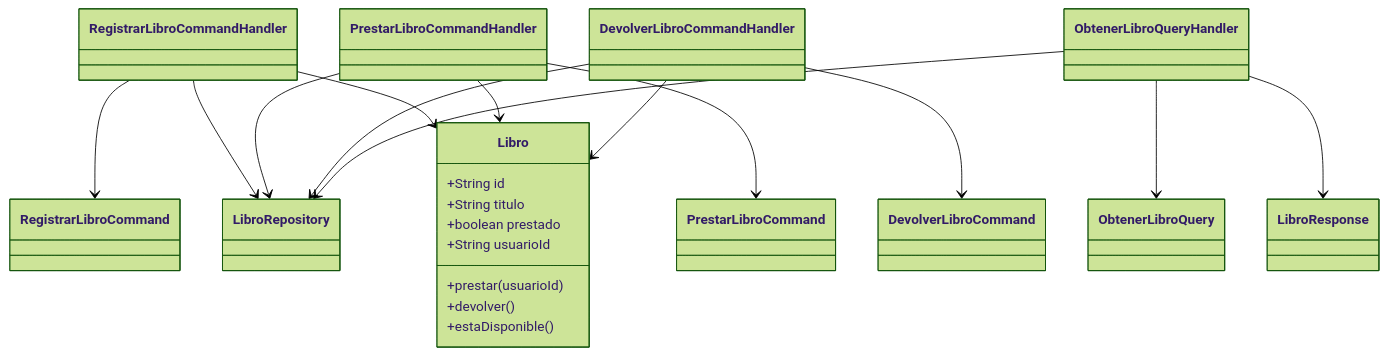
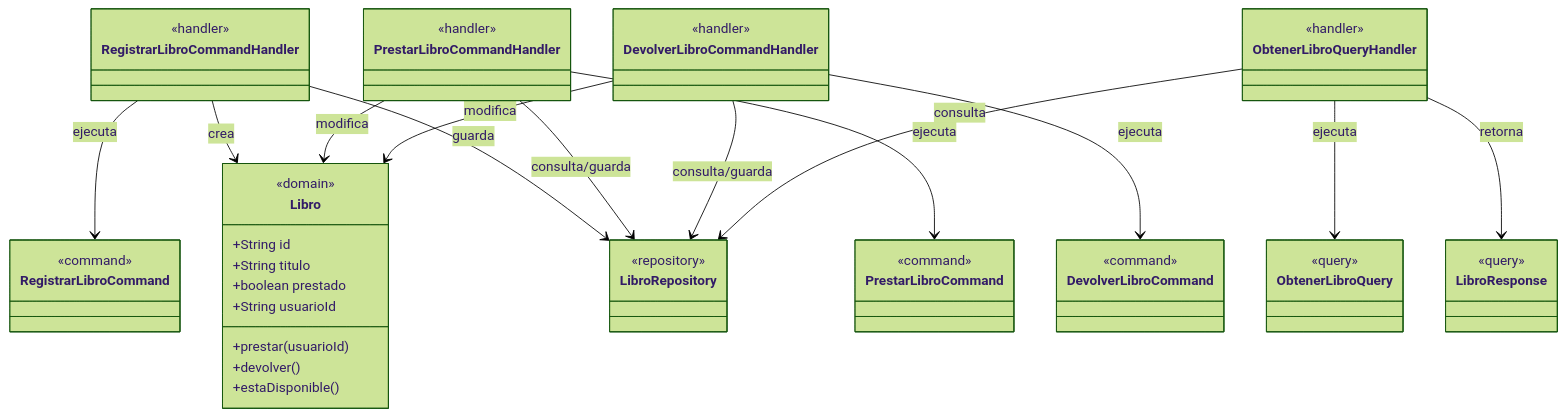
One commit to LeoUnisabana/cqrs changed the first of 2 diagrams in cqrs/README.md. Above: the diagram before and after it, drawn with Mermaid (forest theme). The commit also changed other lines of this file, not shown here.

````diff
--- a/cqrs/README.md
+++ b/cqrs/README.md
@@ -107,40 +107,63 @@
 ```mermaid
 classDiagram
+    %% === HANDLERS ===
+    class RegistrarLibroCommandHandler
+    class PrestarLibroCommandHandler
+    class DevolverLibroCommandHandler
+    class ObtenerLibroQueryHandler
+    <<handler>> RegistrarLibroCommandHandler
+    <<handler>> PrestarLibroCommandHandler
+    <<handler>> DevolverLibroCommandHandler
+    <<handler>> ObtenerLibroQueryHandler
+
+    %% === COMMANDS ===
+    class RegistrarLibroCommand
+    class PrestarLibroCommand
+    class DevolverLibroCommand
+    <<command>> RegistrarLibroCommand
+    <<command>> PrestarLibroCommand
+    <<command>> DevolverLibroCommand
+
+    %% === QUERIES ===
+    class ObtenerLibroQuery
+    class LibroResponse
+    <<query>> ObtenerLibroQuery
+    <<query>> LibroResponse
+
+    %% === DOMAIN & REPOSITORY ===
     class Libro {
         +String id
         +String titulo
         +boolean prestado
         +String usuarioId
         +prestar(usuarioId)
         +devolver()
         +estaDisponible()
     }
-    class RegistrarLibroCommand
-    class PrestarLibroCommand
-    class DevolverLibroCommand
-    class ObtenerLibroQuery
-    class LibroResponse
+    <<domain>> Libro
+    class LibroRepository
+    <<repository>> LibroRepository
 
-    class RegistrarLibroCommandHandler
-    class PrestarLibroCommandHandler
-    class DevolverLibroCommandHandler
-    class ObtenerLibroQueryHandler
+    %% === RELACIONES (de arriba hacia abajo) ===
+    %% Command Handlers
+    RegistrarLibroCommandHandler --> RegistrarLibroCommand : ejecuta
+    RegistrarLibroCommandHandler --> Libro : crea
+    RegistrarLibroCommandHandler --> LibroRepository : guarda
 
-    class LibroRepository
+    PrestarLibroCommandHandler --> PrestarLibroCommand : ejecuta
+    PrestarLibroCommandHandler --> Libro : modifica
+    PrestarLibroCommandHandler --> LibroRepository : consulta/guarda
 
-    RegistrarLibroCommandHandler --> RegistrarLibroCommand
-    RegistrarLibroCommandHandler --> LibroRepository
-    RegistrarLibroCommandHandler --> Libro
+    DevolverLibroCommandHandler --> DevolverLibroCommand : ejecuta
+    DevolverLibroCommandHandler --> Libro : modifica
+    DevolverLibroCommandHandler --> LibroRepository : consulta/guarda
 
-    PrestarLibroCommandHandler --> PrestarLibroCommand
-    PrestarLibroCommandHandler --> LibroRepository
-    PrestarLibroCommandHandler --> Libro
+    %% Query Handler
+    ObtenerLibroQueryHandler --> ObtenerLibroQuery : ejecuta
+    ObtenerLibroQueryHandler --> LibroRepository : consulta
+    ObtenerLibroQueryHandler --> LibroResponse : retorna
 
-    DevolverLibroCommandHandler --> DevolverLibroCommand
-    DevolverLibroCommandHandler --> LibroRepository
-    DevolverLibroCommandHandler --> Libro
-
-    ObtenerLibroQueryHandler --> ObtenerLibroQuery
-    ObtenerLibroQueryHandler --> LibroRepository
-    ObtenerLibroQueryHandler --> LibroResponse
+    %% === Agrupación visual (comentarios) ===
+    %% Handlers arriba, Commands/Queries al centro, Dominio/Repositorio abajo
+    %% Flechas solo hacia abajo para evitar cruces
 ```
````
